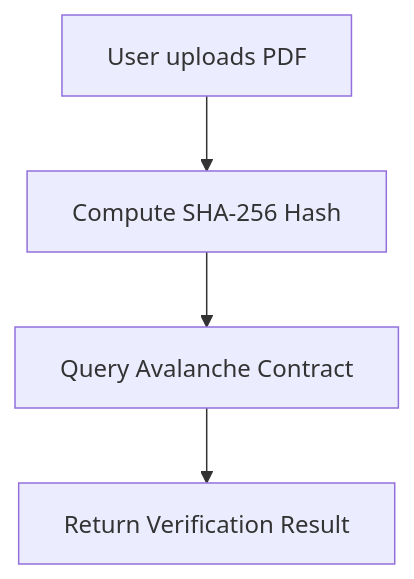
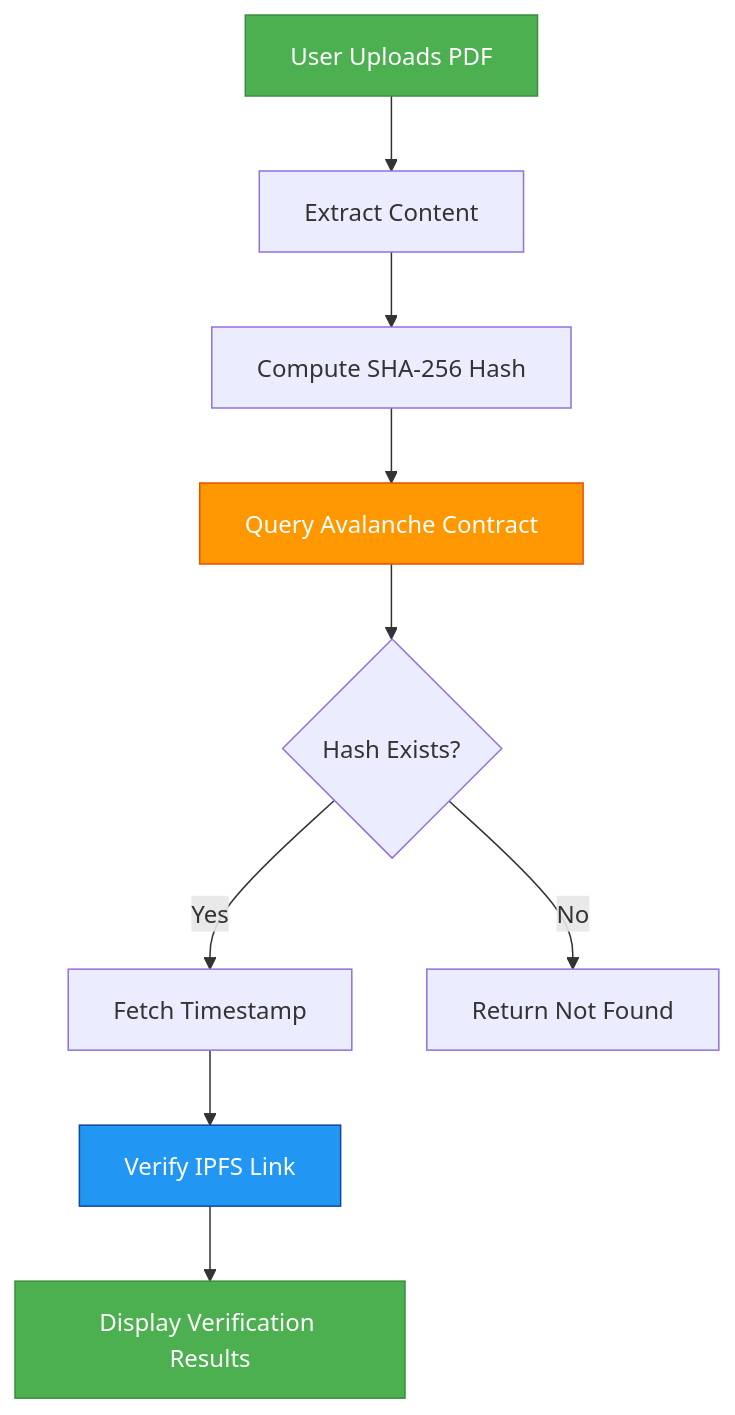
Before and after one commit to senapati484/seo.ai: the second of 3 diagrams in README.md, drawn with Mermaid. The commit also changed other lines of this file and 20 other files, not shown here.

````diff
--- a/README.md
+++ b/README.md
@@ -37,6 +61,16 @@
 ```mermaid
 graph TD
-    A[User uploads PDF] --> B[Compute SHA-256 Hash]
-    B --> C[Query Avalanche Contract]
-    C --> D[Return Verification Result]
+    A[User Uploads PDF] --> B[Extract Content]
+    B --> C[Compute SHA-256 Hash]
+    C --> D[Query Avalanche Contract]
+    D --> E{Hash Exists?}
+    E -->|Yes| F[Fetch Timestamp]
+    E -->|No| G[Return Not Found]
+    F --> H[Verify IPFS Link]
+    H --> I[Display Verification Results]
+
+    style A fill:#4CAF50,stroke:#388E3C,color:white
+    style I fill:#4CAF50,stroke:#388E3C,color:white
+    style D fill:#FF9800,stroke:#E65100,color:white
+    style H fill:#2196F3,stroke:#0D47A1,color:white
 ```
````
